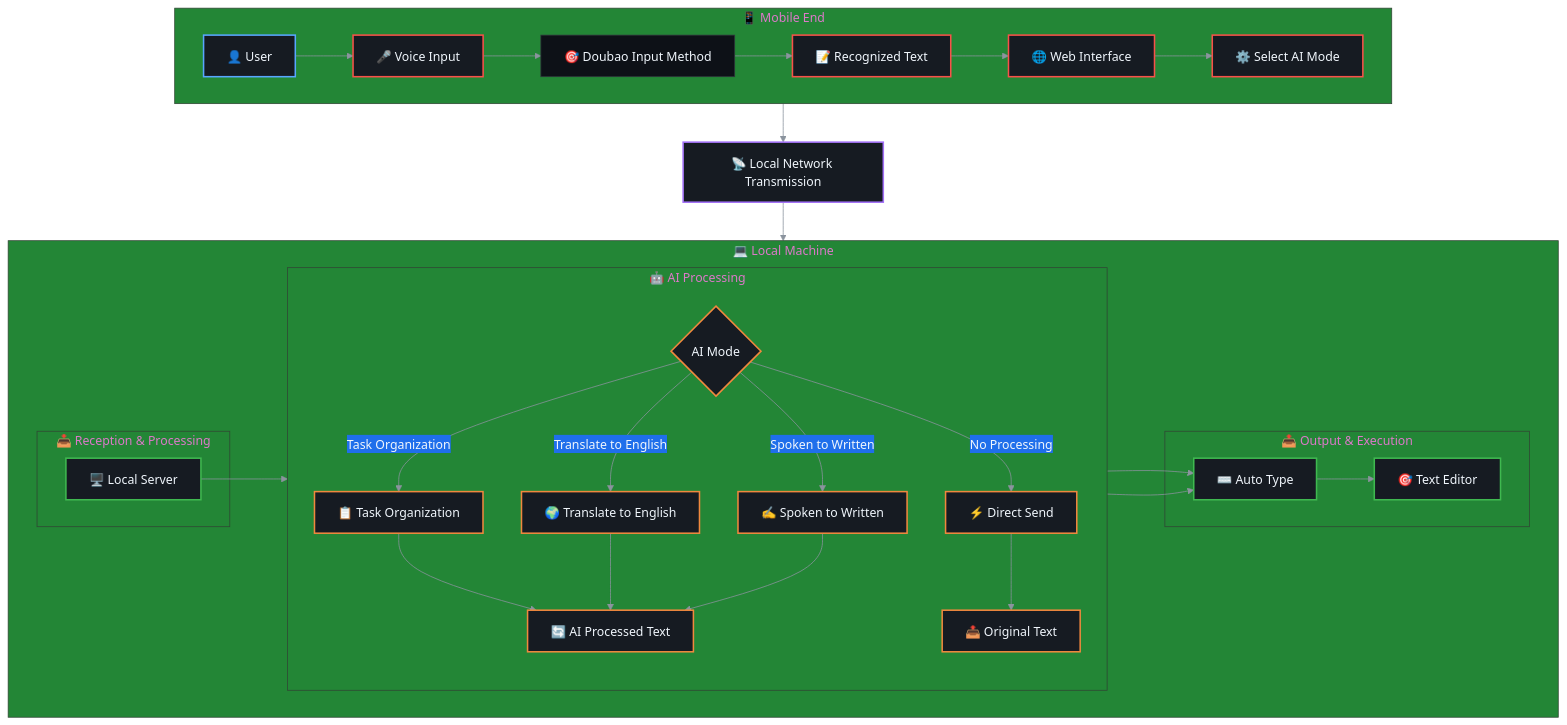
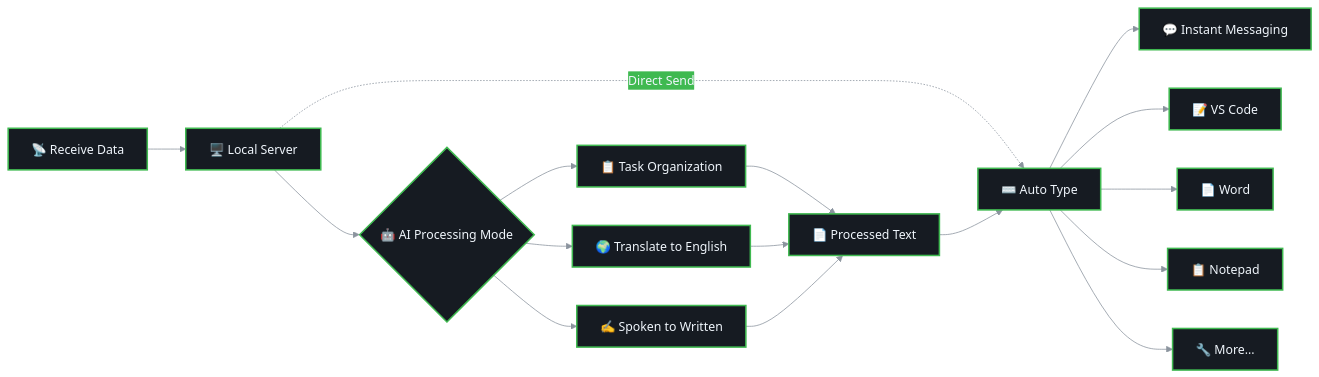
Before and after one commit to newbe36524/AIPut: the second of 2 diagrams in README_en.md, drawn with Mermaid. The commit also changed other lines of this file and 1 other file, not shown here.

Commit message:
docs: Updates interaction flow diagrams
Updates the interaction flow diagrams in README and README_en
to provide a clearer and more accurate representation of
the mobile and computer end processing.
Revises diagrams and descriptions for better clarity.

````diff
--- a/README_en.md
+++ b/README_en.md
@@ -50,78 +81,40 @@
 ```mermaid
 %%{init: {
   'theme': 'base',
   'themeVariables': {
     'primaryColor': '#0d1117',
     'primaryTextColor': '#f0f6fc',
     'primaryBorderColor': '#30363d',
     'lineColor': '#8b949e',
     'sectionBkgColor': '#161b22',
     'altSectionBkgColor': '#0d1117',
     'gridColor': '#30363d',
-    'secondaryColor': '#1f6feb',
-    'tertiaryColor': '#238636',
+    'secondaryColor': '#3fb950',
+    'tertiaryColor': '#3fb950',
     'background': '#0d1117'
   }
 }}%%
-flowchart TD
-    %% First Row: Mobile End - Horizontal Layout
-    subgraph Mobile[📱 Mobile End]
-        direction LR
-        User[👤 User] --> VoiceInput[🎤 Voice Input]
-        VoiceInput --> DoubaoInput[🎯 Doubao Input Method]
-        DoubaoInput --> TextResult[📝 Recognized Text]
-        TextResult --> WebInterface[🌐 Web Interface]
-        WebInterface --> AIModeSelect[⚙️ Select AI Mode]
-    end
+flowchart LR
+    Receive[📡 Receive Data] --> LocalServer[🖥️ Local Server]
 
-    %% Second Row: Network Transmission
-    AIModeSelect --> Transmit[📡 Local Network Transmission]
+    LocalServer --> AIMode{🤖 AI Processing Mode}
+    LocalServer -.->|Direct Send| AutoType[⌨️ Auto Type]
 
-    %% Third Row: Local Machine Processing
-    subgraph LocalPC[💻 Local Machine]
-        direction LR
-        subgraph LeftSide[📥 Reception & Processing]
-            LocalServer[🖥️ Local Server]
-        end
+    AIMode --> TaskOrganize[📋 Task Organization]
+    AIMode --> TranslateEN[🌍 Translate to English]
+    AIMode --> Formalize[✍️ Spoken to Written]
 
-        subgraph CenterSide[🤖 AI Processing]
-            direction TB
-            AIMode{AI Mode}
-            AIMode -->|No Processing| DirectSend[⚡ Direct Send]
-            AIMode -->|Task Organization| TaskOrganize[📋 Task Organization]
-            AIMode -->|Translate to English| TranslateEN[🌍 Translate to English]
-            AIMode -->|Spoken to Written| Formalize[✍️ Spoken to Written]
+    TaskOrganize --> ProcessedText[📄 Processed Text]
+    TranslateEN --> ProcessedText
+    Formalize --> ProcessedText
 
-            TaskOrganize --> ProcessedText[🔄 AI Processed Text]
-            TranslateEN --> ProcessedText
-            Formalize --> ProcessedText
-            DirectSend --> OriginalText[📤 Original Text]
-        end
+    ProcessedText --> AutoType
 
-        subgraph RightSide[📤 Output & Execution]
-            AutoType[⌨️ Auto Type]
-            TargetApp[🎯 Text Editor]
-        end
-    end
+    AutoType --> IM[💬 Instant Messaging]
+    AutoType --> VSCode[📝 VS Code]
+    AutoType --> Word[📄 Word]
+    AutoType --> Notepad[📋 Notepad]
+    AutoType --> Others[🔧 More...]
 
-    %% Connections
-    Transmit --> LocalServer
-    LocalServer --> AIMode
-    ProcessedText --> AutoType
-    OriginalText --> AutoType
-    AutoType --> TargetApp
-
-    %% Node styles - Dark theme optimized
-    classDef userNode fill:#161b22,stroke:#58a6ff,stroke-width:2px,color:#f0f6fc
-    classDef phoneNode fill:#161b22,stroke:#f85149,stroke-width:2px,color:#f0f6fc
-    classDef networkNode fill:#161b22,stroke:#a371f7,stroke-width:2px,color:#f0f6fc
-    classDef serverNode fill:#161b22,stroke:#3fb950,stroke-width:2px,color:#f0f6fc
-    classDef aiNode fill:#161b22,stroke:#f0883e,stroke-width:2px,color:#f0f6fc
-
-    %% Apply styles to nodes
-    class User userNode
-    class VoiceInput,DouyinInput,TextResult,WebInterface,AIModeSelect phoneNode
-    class Transmit networkNode
-    class LocalServer,AutoType,TargetApp serverNode
-    class AIMode,TaskOrganize,TranslateEN,Formalize,DirectSend,ProcessedText,OriginalText aiNode
+    classDef default fill:#161b22,stroke:#3fb950,stroke-width:2px,color:#f0f6fc
 ```
````
